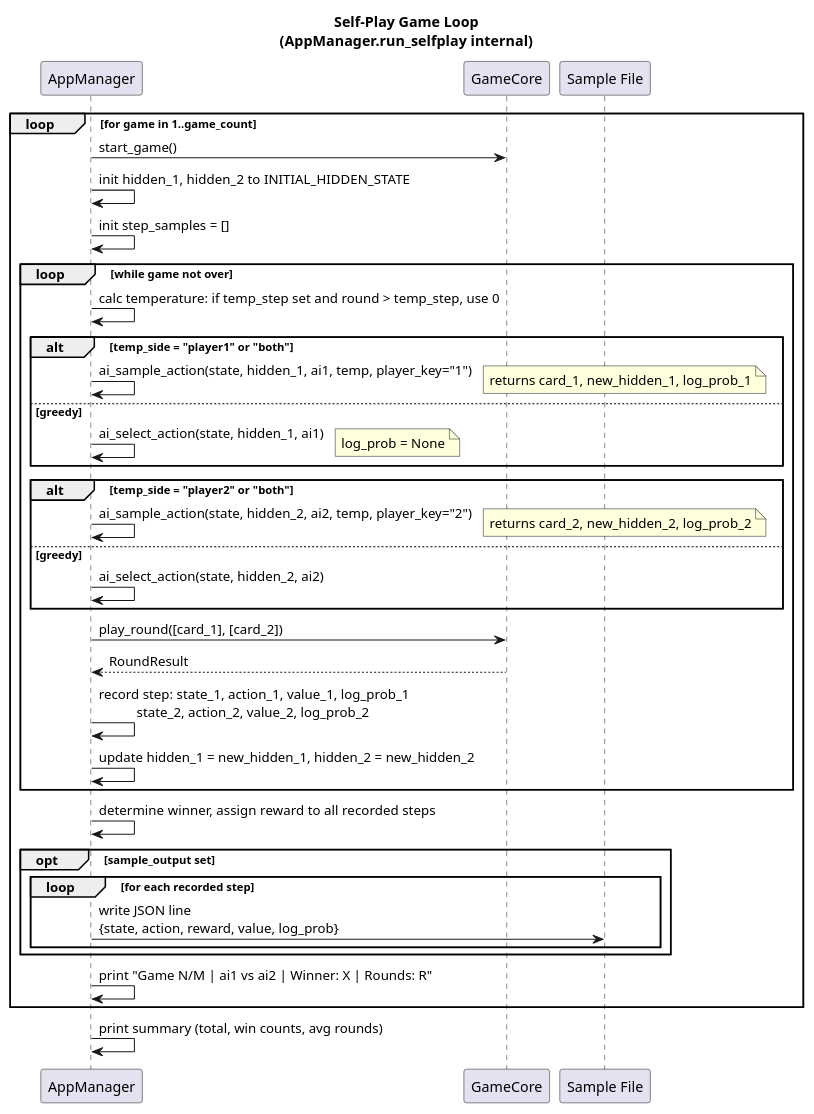
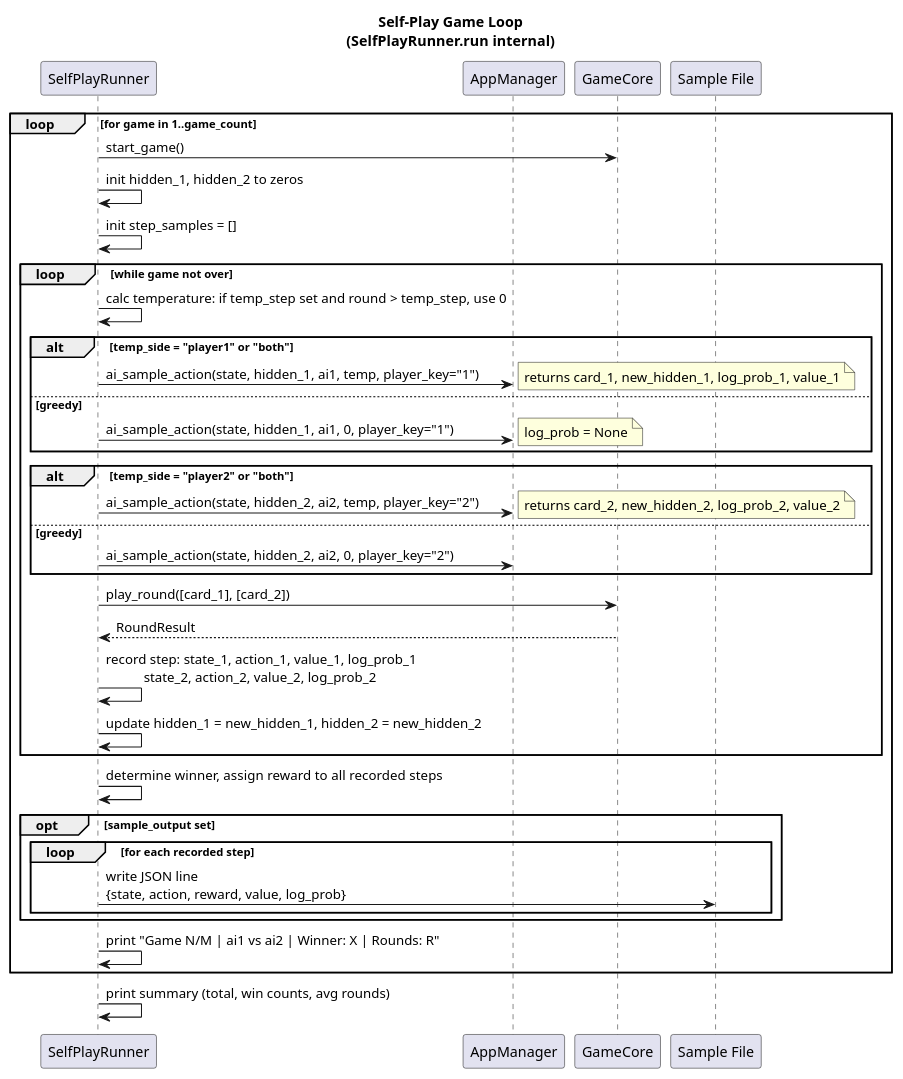
The diagram in design/5/main_docs/diagrams/selfplay_flow.puml (nanhao/custom-card), drawn with PlantUML before and after one commit. The commit also changed 5 other files, not shown here.

```diff
--- a/design/5/main_docs/diagrams/selfplay_flow.puml
+++ b/design/5/main_docs/diagrams/selfplay_flow.puml
@@ -1,58 +1,59 @@
 @startuml
 skinparam backgroundColor #FFFFFF
 
-title Self-Play Game Loop\n(AppManager.run_selfplay internal)
+title Self-Play Game Loop\n(SelfPlayRunner.run internal)
 
+participant "SelfPlayRunner" as SR
 participant "AppManager" as AM
 participant "GameCore" as GC
 participant "Sample File" as SF
 
 loop for game in 1..game_count
 
-    AM -> GC: start_game()
-    AM -> AM: init hidden_1, hidden_2 to INITIAL_HIDDEN_STATE
-    AM -> AM: init step_samples = []
+    SR -> GC: start_game()
+    SR -> SR: init hidden_1, hidden_2 to zeros
+    SR -> SR: init step_samples = []
 
     loop while game not over
 
-        AM -> AM: calc temperature: if temp_step set and round > temp_step, use 0
+        SR -> SR: calc temperature: if temp_step set and round > temp_step, use 0
 
         alt temp_side = "player1" or "both"
-            AM -> AM: ai_sample_action(state, hidden_1, ai1, temp, player_key="1")
-            note right: returns card_1, new_hidden_1, log_prob_1
+            SR -> AM: ai_sample_action(state, hidden_1, ai1, temp, player_key="1")
+            note right: returns card_1, new_hidden_1, log_prob_1, value_1
         else greedy
-            AM -> AM: ai_select_action(state, hidden_1, ai1)
+            SR -> AM: ai_sample_action(state, hidden_1, ai1, 0, player_key="1")
             note right: log_prob = None
         end
 
         alt temp_side = "player2" or "both"
-            AM -> AM: ai_sample_action(state, hidden_2, ai2, temp, player_key="2")
-            note right: returns card_2, new_hidden_2, log_prob_2
+            SR -> AM: ai_sample_action(state, hidden_2, ai2, temp, player_key="2")
+            note right: returns card_2, new_hidden_2, log_prob_2, value_2
         else greedy
-            AM -> AM: ai_select_action(state, hidden_2, ai2)
+            SR -> AM: ai_sample_action(state, hidden_2, ai2, 0, player_key="2")
         end
 
-        AM -> GC: play_round([card_1], [card_2])
-        GC --> AM: RoundResult
+        SR -> GC: play_round([card_1], [card_2])
+        GC --> SR: RoundResult
 
-        AM -> AM: record step: state_1, action_1, value_1, log_prob_1\n           state_2, action_2, value_2, log_prob_2
+        SR -> SR: record step: state_1, action_1, value_1, log_prob_1\n           state_2, action_2, value_2, log_prob_2
 
-        AM -> AM: update hidden_1 = new_hidden_1, hidden_2 = new_hidden_2
+        SR -> SR: update hidden_1 = new_hidden_1, hidden_2 = new_hidden_2
 
     end
 
-    AM -> AM: determine winner, assign reward to all recorded steps
+    SR -> SR: determine winner, assign reward to all recorded steps
 
     opt sample_output set
         loop for each recorded step
-            AM -> SF: write JSON line\n{state, action, reward, value, log_prob}
+            SR -> SF: write JSON line\n{state, action, reward, value, log_prob}
         end
     end
 
-    AM -> AM: print "Game N/M | ai1 vs ai2 | Winner: X | Rounds: R"
+    SR -> SR: print "Game N/M | ai1 vs ai2 | Winner: X | Rounds: R"
 
 end
 
-AM -> AM: print summary (total, win counts, avg rounds)
+SR -> SR: print summary (total, win counts, avg rounds)
 
 @enduml
```
